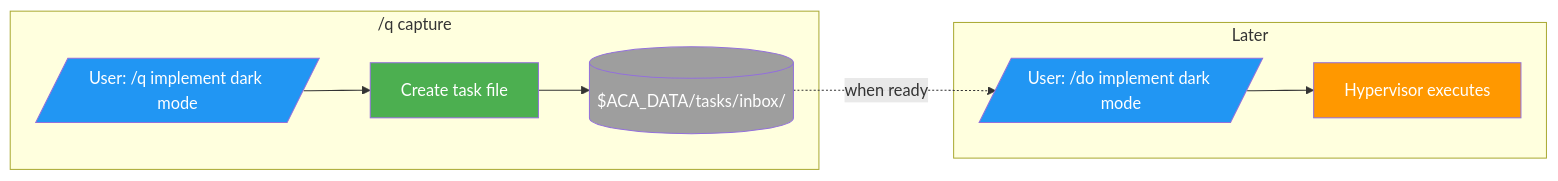
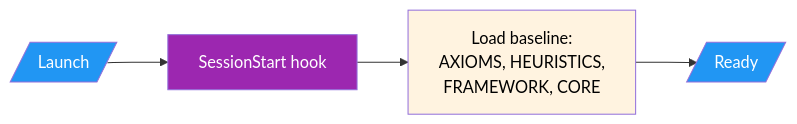
Before and after one commit to nicsuzor/academicOps: the third of 4 diagrams in docs/execution-flow.md, drawn with Mermaid. The commit also changed other lines of this file and 23 other files, not shown here.

````diff
--- a/docs/execution-flow.md
+++ b/docs/execution-flow.md
@@ -655,22 +198,9 @@
 ```mermaid
 flowchart LR
-    subgraph CAPTURE["/q capture"]
-        U1[/"User: /q implement dark mode"/]
-        C1["Create task file"]
-        T1[("$ACA_DATA/tasks/inbox/")]
-    end
+    L1[/"Launch"/] --> S1["SessionStart hook"] --> I1["Load baseline:<br/>AXIOMS, HEURISTICS,<br/>FRAMEWORK, CORE"] --> R1[/"Ready"/]
 
-    subgraph LATER["Later"]
-        L1[/"User: /do implement dark mode"/]
-        L2["Hypervisor executes"]
-    end
-
-    U1 --> C1 --> T1
-    T1 -.->|when ready| L1 --> L2
-
-    style U1 fill:#2196f3,color:#fff
-    style C1 fill:#4caf50,color:#fff
-    style T1 fill:#9e9e9e,color:#fff
     style L1 fill:#2196f3,color:#fff
-    style L2 fill:#ff9800,color:#fff
+    style S1 fill:#9c27b0,color:#fff
+    style I1 fill:#fff3e0,color:#000
+    style R1 fill:#2196f3,color:#fff
 ```
````
